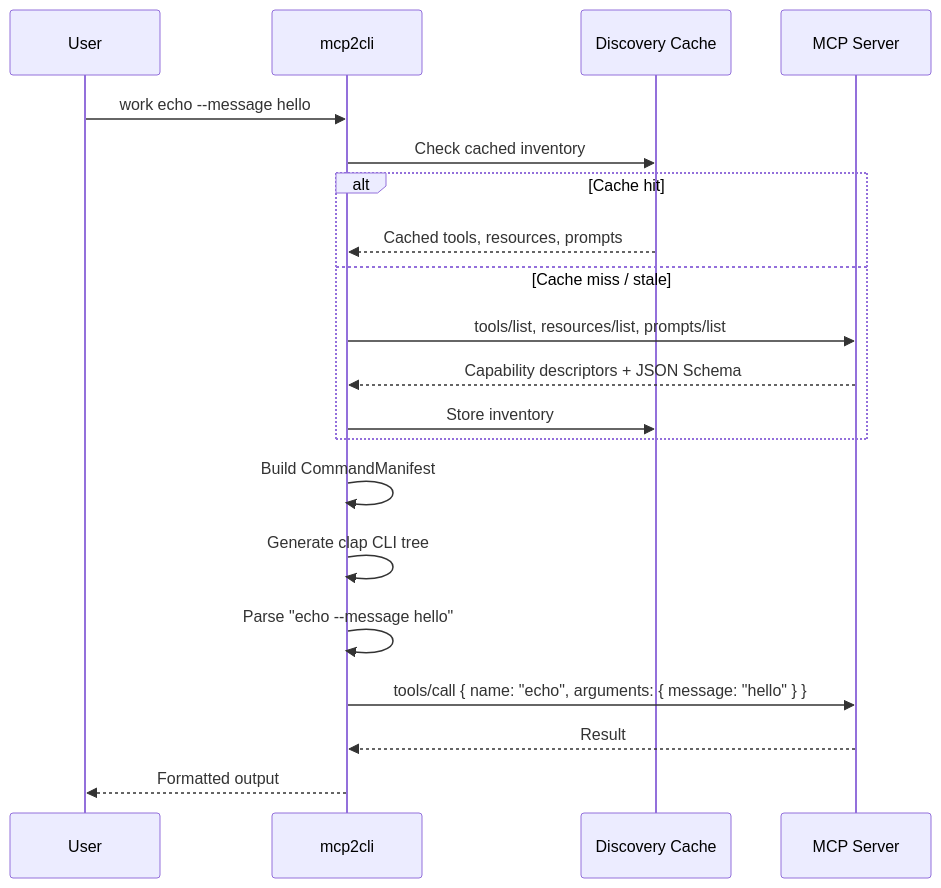
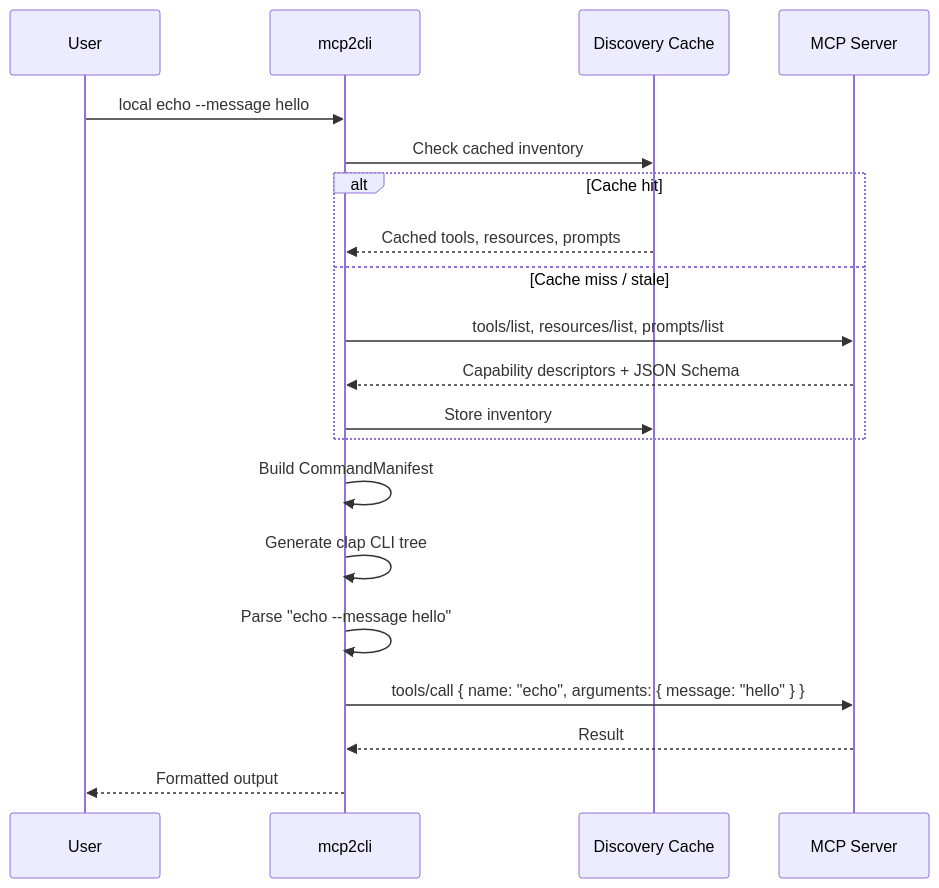
The first of 2 diagrams in docs/features/discovery-driven-cli.md (mcp2cli/source-code), drawn with Mermaid before and after one commit. The commit also changed other lines of this file and 31 other files, not shown here.

````diff
--- a/docs/features/discovery-driven-cli.md
+++ b/docs/features/discovery-driven-cli.md
@@ -9,23 +9,23 @@
 ```mermaid
 sequenceDiagram
     participant User
     participant mcp2cli
     participant Cache as Discovery Cache
     participant Server as MCP Server
 
-    User->>mcp2cli: work echo --message hello
+    User->>mcp2cli: local echo --message hello
     mcp2cli->>Cache: Check cached inventory
     alt Cache hit
         Cache-->>mcp2cli: Cached tools, resources, prompts
     else Cache miss / stale
         mcp2cli->>Server: tools/list, resources/list, prompts/list
         Server-->>mcp2cli: Capability descriptors + JSON Schema
         mcp2cli->>Cache: Store inventory
     end
     mcp2cli->>mcp2cli: Build CommandManifest
     mcp2cli->>mcp2cli: Generate clap CLI tree
     mcp2cli->>mcp2cli: Parse "echo --message hello"
     mcp2cli->>Server: tools/call { name: "echo", arguments: { message: "hello" } }
     Server-->>mcp2cli: Result
     mcp2cli-->>User: Formatted output
 ```
````
